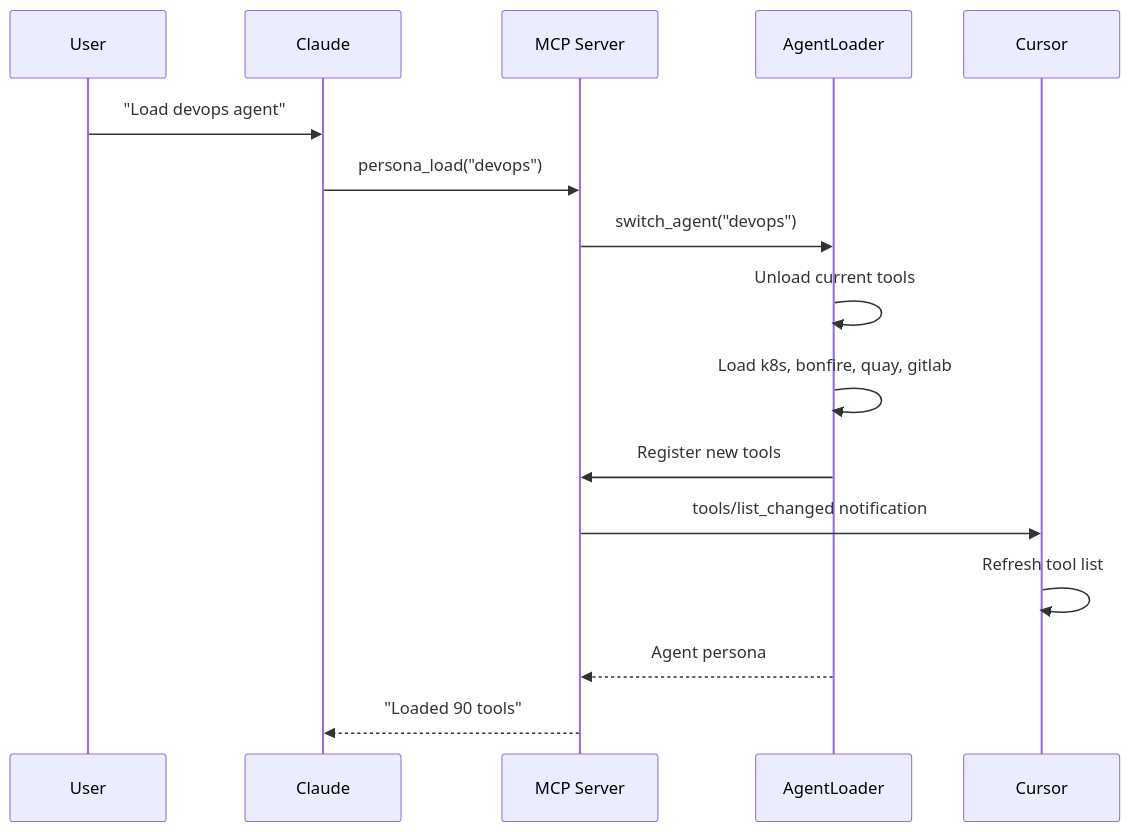
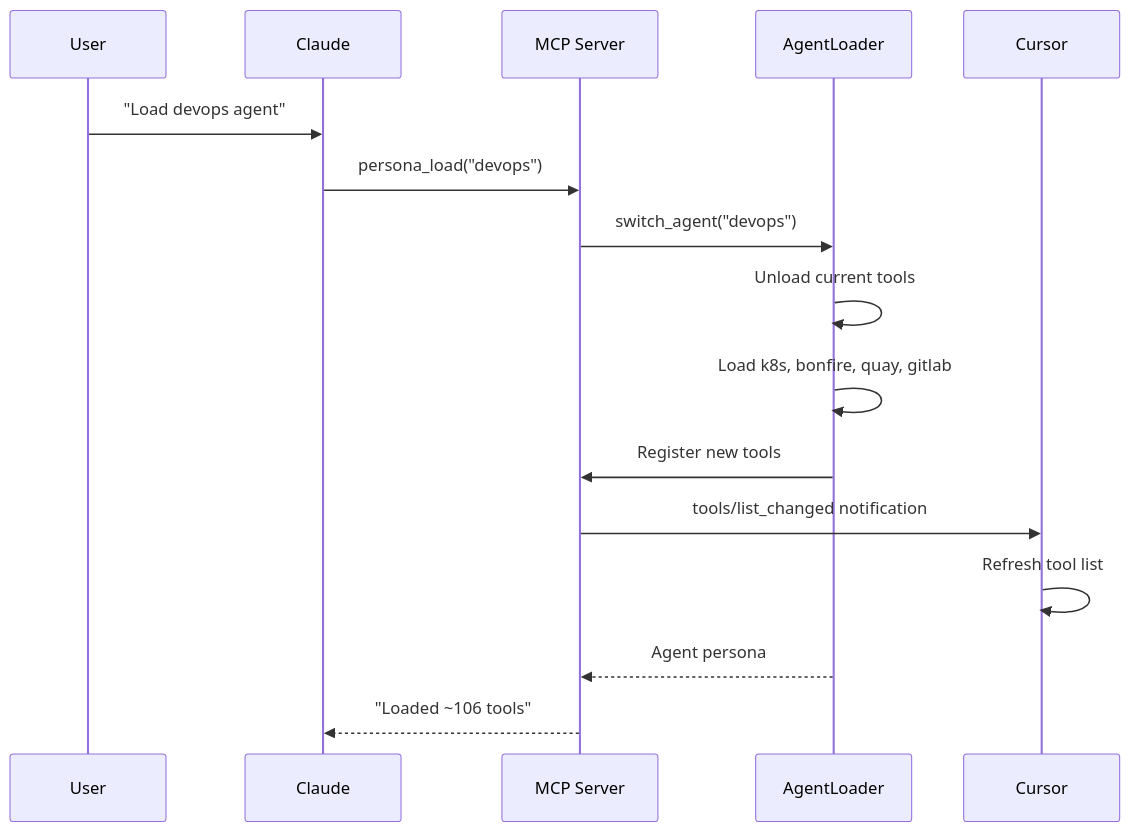
The second of 4 diagrams in docs/architecture/README.md (dmzoneill/redhat-ai-workflow), drawn with Mermaid before and after one commit. The commit also changed other lines of this file and 49 other files, not shown here.

````diff
--- a/docs/architecture/README.md
+++ b/docs/architecture/README.md
@@ -99,19 +100,19 @@
 ```mermaid
 sequenceDiagram
     participant User
     participant Claude
     participant MCP as MCP Server
     participant Loader as AgentLoader
     participant Cursor
 
     User->>Claude: "Load devops agent"
     Claude->>MCP: persona_load("devops")
     MCP->>Loader: switch_agent("devops")
     Loader->>Loader: Unload current tools
     Loader->>Loader: Load k8s, bonfire, quay, gitlab
     Loader->>MCP: Register new tools
     MCP->>Cursor: tools/list_changed notification
     Cursor->>Cursor: Refresh tool list
     Loader-->>MCP: Agent persona
-    MCP-->>Claude: "Loaded 90 tools"
+    MCP-->>Claude: "Loaded ~106 tools"
 ```
````
